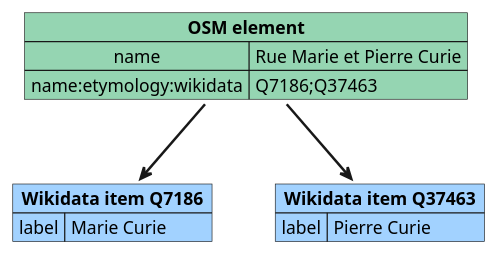
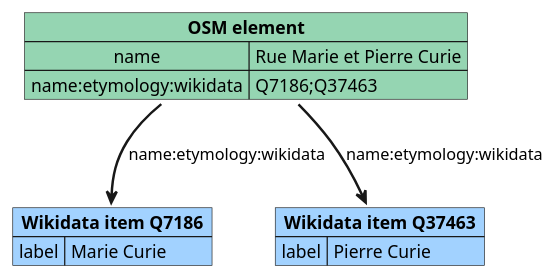
The diagram in images/data/osm_name_etymology.plantuml (Danysan1/osm-wikidata-map-framework), drawn with PlantUML before and after one commit. The commit also changed 15 other files, not shown here.

Commit message:
Improve diagrams

```diff
--- a/images/data/osm_name_etymology.plantuml
+++ b/images/data/osm_name_etymology.plantuml
@@ -1,18 +1,18 @@
 @startuml osm_name_etymology
 
 map "**OSM element**" as osmc #95d5b2 {
   name => Rue Marie et Pierre Curie
   name:etymology:wikidata => Q7186;Q37463
 }
 
 map "**Wikidata item Q7186**" as wikia #a2d2ff {
   label => Marie Curie
 }
 map "**Wikidata item Q37463**" as wikib #a2d2ff {
   label => Pierre Curie
 }
 
-osmc -[bold]-> wikia
-osmc -[bold]-> wikib
+osmc -[bold]-> wikia : name:etymology:wikidata
+osmc -[bold]-> wikib : name:etymology:wikidata
 
 @enduml
```
